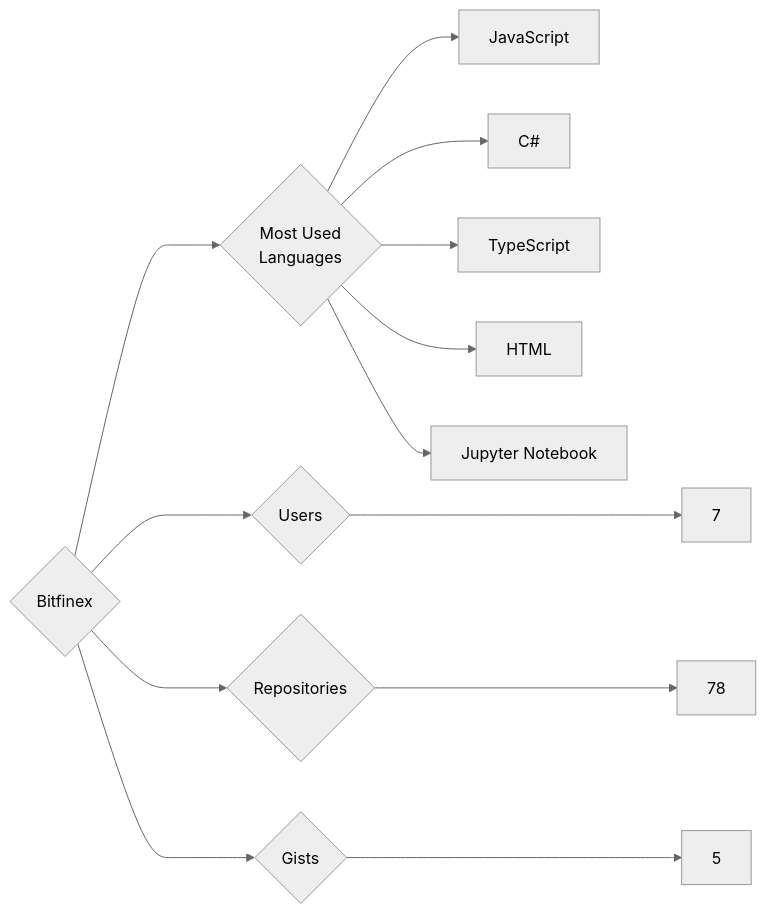
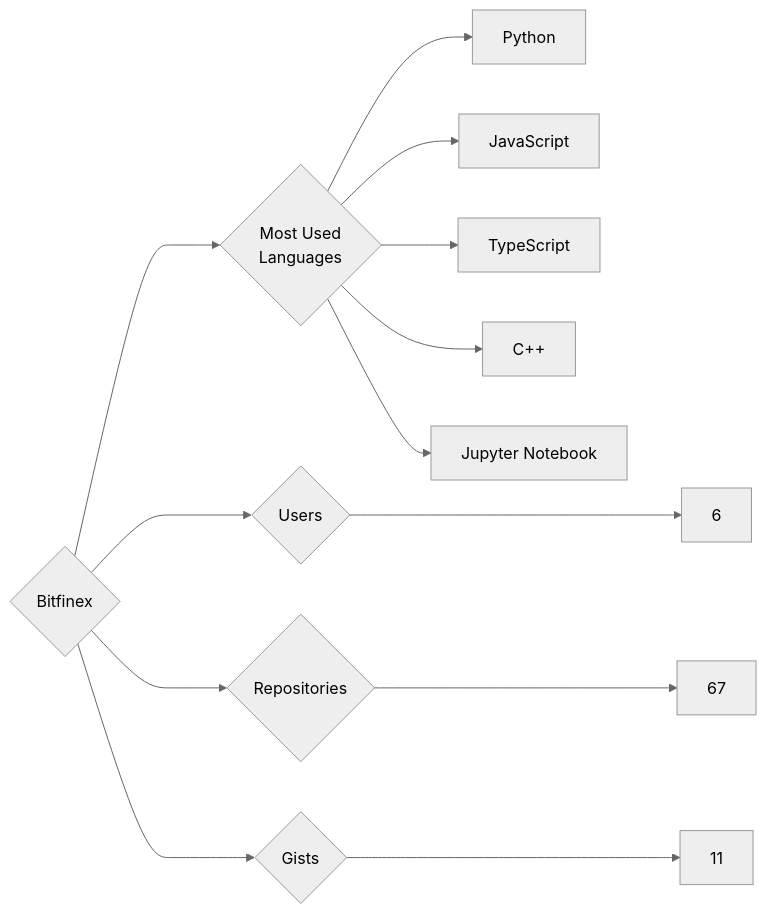
The diagram in targets/Bitfinex/README.md (trickest/insiders), drawn with Mermaid (neutral theme) before and after one commit. The commit also changed 1084 other files, not shown here.

````diff
--- a/targets/Bitfinex/README.md
+++ b/targets/Bitfinex/README.md
@@ -3,13 +3,13 @@
 ```mermaid
 graph LR
 COMPANY_NAME{Bitfinex}
-COMPANY_NAME ---> U{Users} ---> UN[7]
-COMPANY_NAME ---> R{Repositories} ---> RN[78]
-COMPANY_NAME ---> G{Gists} ---> GN[5]
+COMPANY_NAME ---> U{Users} ---> UN[6]
+COMPANY_NAME ---> R{Repositories} ---> RN[67]
+COMPANY_NAME ---> G{Gists} ---> GN[11]
 COMPANY_NAME ---> ML{Most Used<br>Languages}
+ML --> Python[Python]
 ML --> JavaScript[JavaScript]
-ML --> C#[C#]
 ML --> TypeScript[TypeScript]
-ML --> HTML[HTML]
+ML --> C++[C++]
 ML --> Jupyter_Notebook[Jupyter Notebook]
 ```
````
